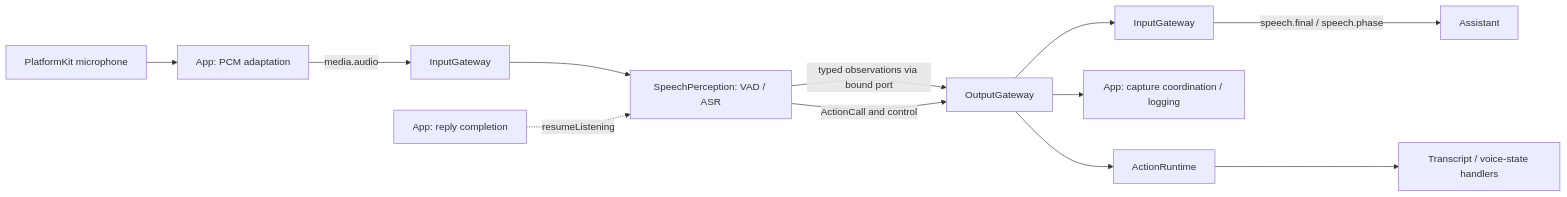
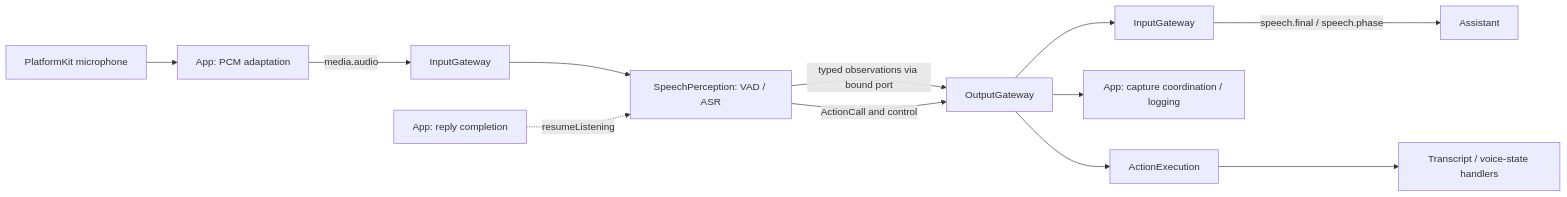
The second of 2 diagrams in MobileHarness/Agents/SpeechPerception/README.md (devilyouwei/MobileHarness), drawn with Mermaid before and after one commit. The commit also changed other lines of this file and 132 other files, not shown here.

````diff
--- a/MobileHarness/Agents/SpeechPerception/README.md
+++ b/MobileHarness/Agents/SpeechPerception/README.md
@@ -57,14 +57,14 @@
 ```mermaid
 flowchart LR
     Mic[PlatformKit microphone] --> Adapt[App: PCM adaptation]
     Adapt -->|media.audio| IG[InputGateway]
     IG --> S[SpeechPerception: VAD / ASR]
     S -->|typed observations via bound port| OG[OutputGateway]
     OG --> IG2[InputGateway]
     IG2 -->|speech.final / speech.phase| Assistant
     OG --> Observer[App: capture coordination / logging]
     S -->|ActionCall and control| OG
-    OG --> AR[ActionRuntime]
+    OG --> AR[ActionExecution]
     AR --> UI[Transcript / voice-state handlers]
     App[App: reply completion] -.->|resumeListening| S
 ```
````
